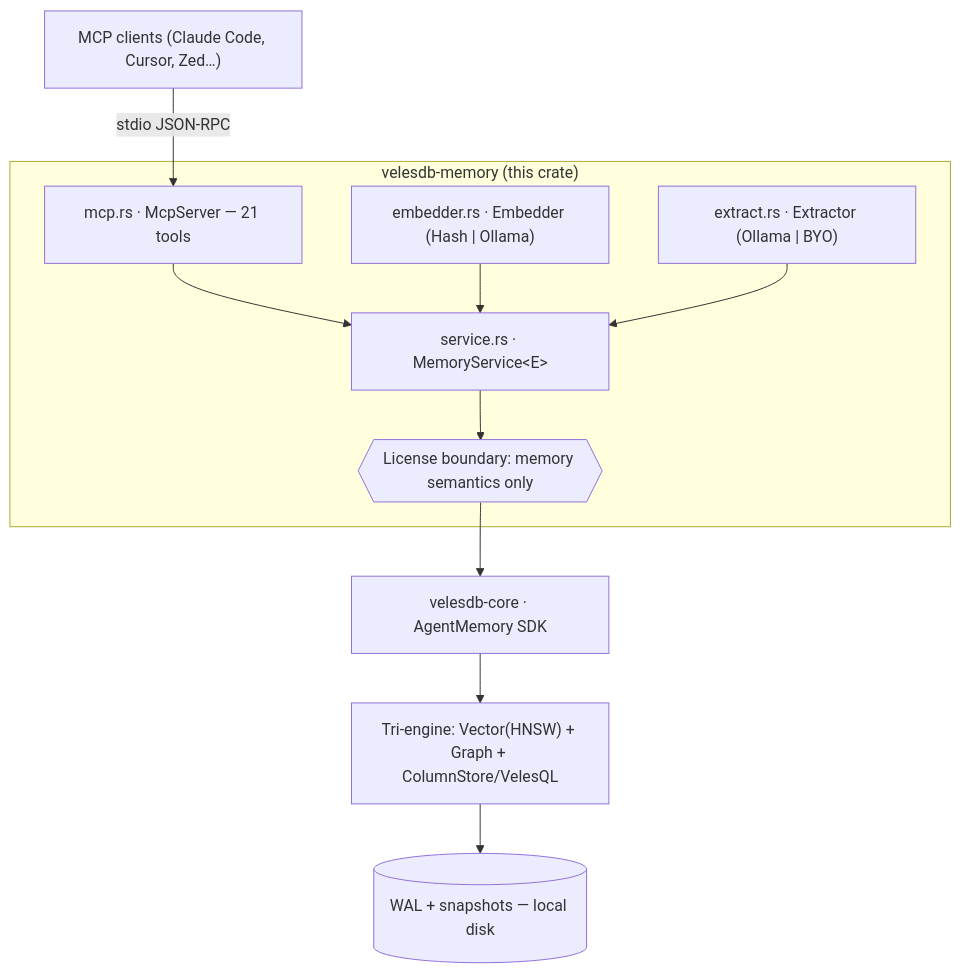
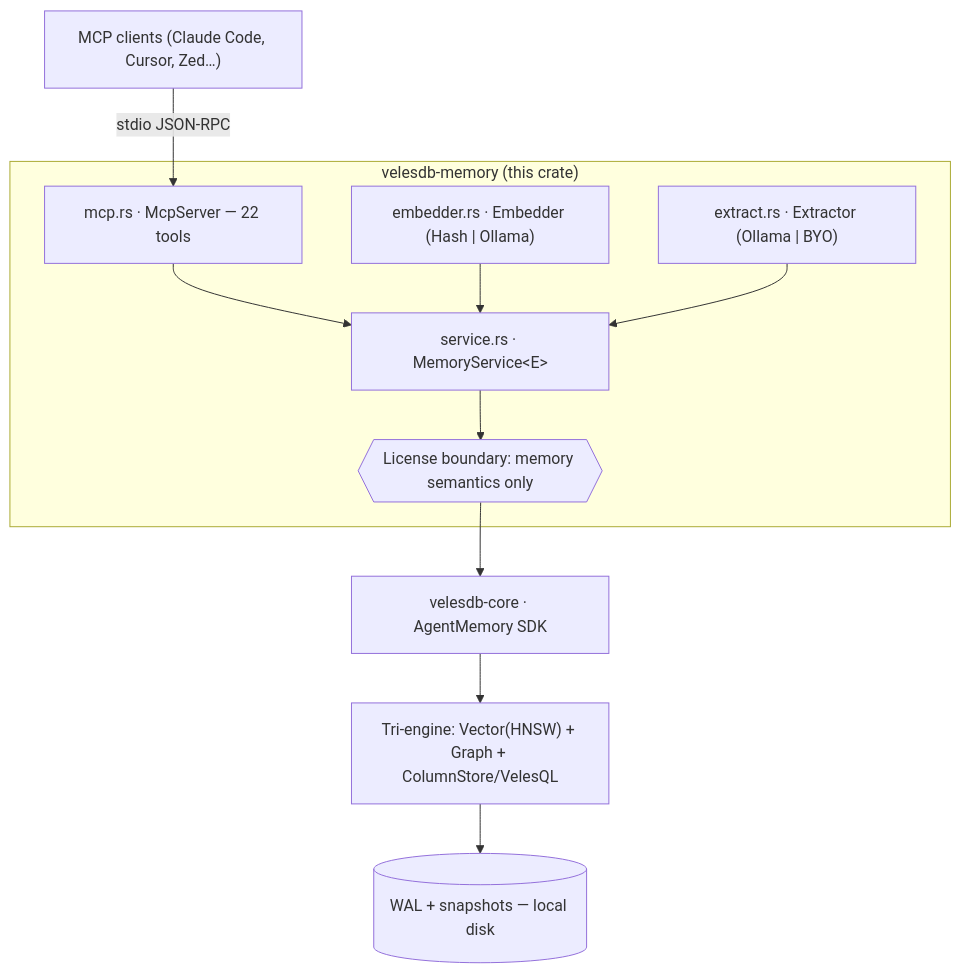
One commit to cyberlife-coder/VelesDB changed the diagram in crates/velesdb-memory/ARCHITECTURE.md. Above: the diagram before and after it, drawn with Mermaid. The commit also changed other lines of this file and 16 other files, not shown here.

````diff
--- a/crates/velesdb-memory/ARCHITECTURE.md
+++ b/crates/velesdb-memory/ARCHITECTURE.md
@@ -65,13 +65,13 @@
 ```mermaid
 flowchart TD
   C["MCP clients (Claude Code, Cursor, Zed…)"] -- "stdio JSON-RPC" --> M
   subgraph VM["velesdb-memory (this crate)"]
-    M["mcp.rs · McpServer — 21 tools"] --> S["service.rs · MemoryService&lt;E&gt;"]
+    M["mcp.rs · McpServer — 22 tools"] --> S["service.rs · MemoryService&lt;E&gt;"]
     EMB["embedder.rs · Embedder (Hash | Ollama)"] --> S
     EXT["extract.rs · Extractor (Ollama | BYO)"] --> S
     S --> LB{{"License boundary: memory semantics only"}}
   end
   LB --> AM["velesdb-core · AgentMemory SDK"]
   AM --> ENG["Tri-engine: Vector(HNSW) + Graph + ColumnStore/VelesQL"]
   ENG --> DISK[("WAL + snapshots — local disk")]
 ```
````
